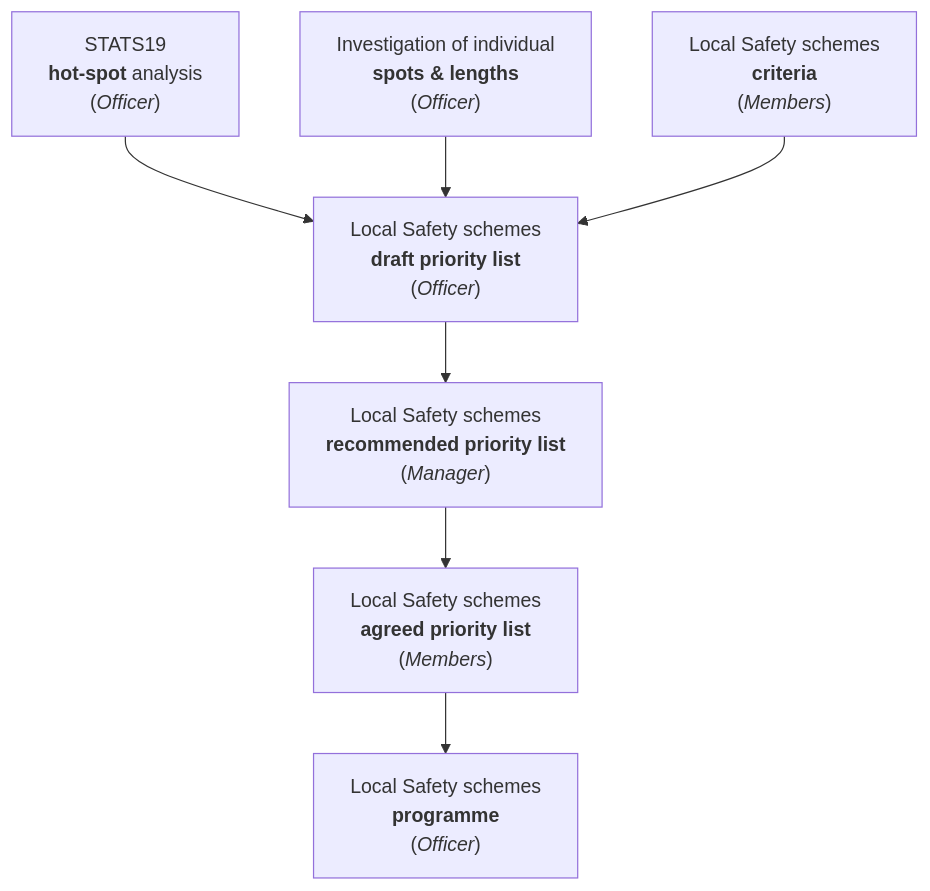
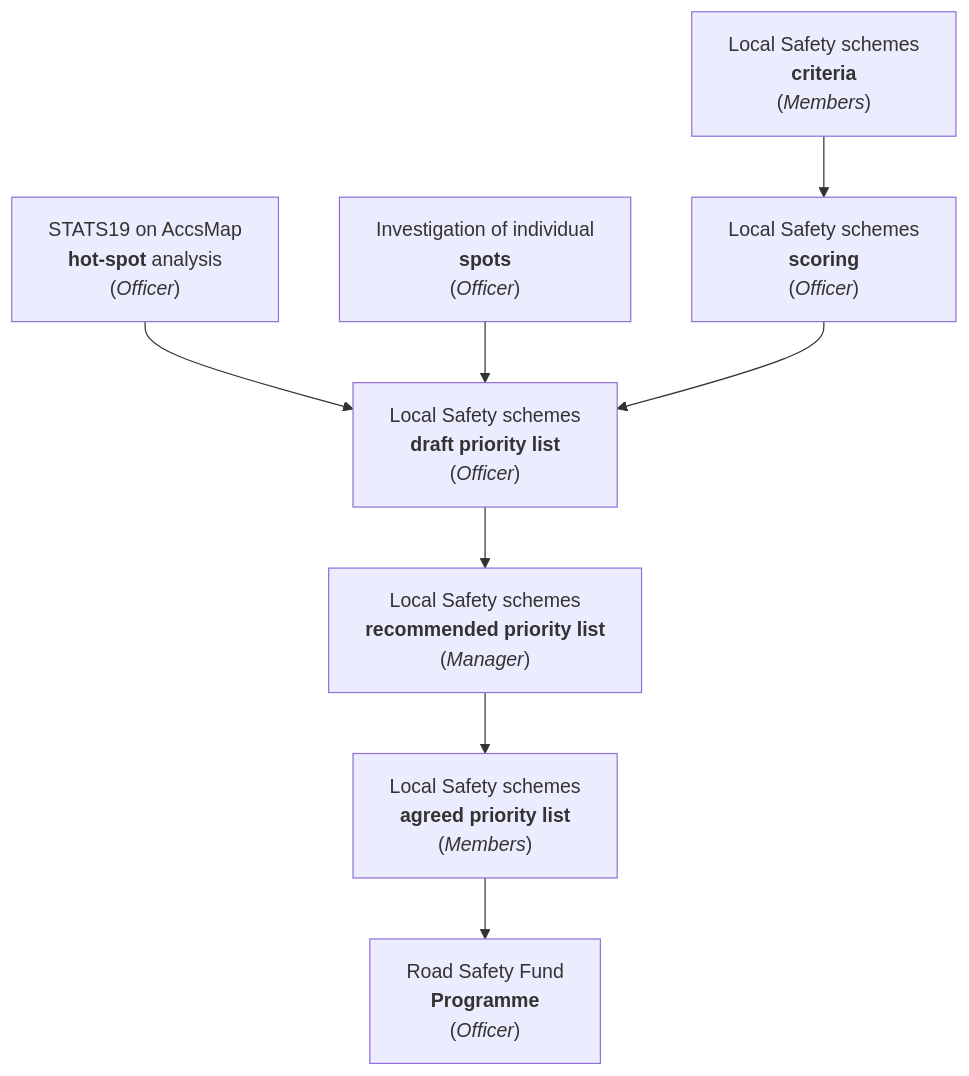
The second of 3 diagrams in background.qmd (scc-pi/traffic-collisions), drawn with Mermaid before and after one commit. The commit also changed other lines of this file, not shown here.

Commit message:
as-is lengths content

````diff
--- a/background.qmd
+++ b/background.qmd
@@ -100,21 +100,23 @@
 ```{mermaid}
 %%| label: gap-analysis
-%%| fig-cap: "Figure: AS-IS (spots) Decision Process"
+%%| fig-cap: "Figure: As-is (spots) decision process"
 %%| echo: true
 %%| code-fold: hide
 
 flowchart TD
 
-    Analysis1["STATS19<br/><b>hot-spot</b> analysis<br/>(<i>Officer</i>)"]
-    Analysis2["Investigation of individual<br/><b>spots & lengths</b><br/>(<i>Officer</i>)"]
-    Analysis3["Local Safety schemes<br/><b>criteria</b><br/>(<i>Members</i>)"] 
+    Analysis1["STATS19 on AccsMap<br/><b>hot-spot</b> analysis<br/>(<i>Officer</i>)"]
+    Analysis2["Investigation of individual<br/><b>spots</b><br/>(<i>Officer</i>)"]
+    Analysis3["Local Safety schemes<br/><b>scoring</b><br/>(<i>Officer</i>)"] 
+    Criteria1["Local Safety schemes<br/><b>criteria</b><br/>(<i>Members</i>)"] 
     List1["Local Safety schemes<br/><b>draft priority list</b><br/>(<i>Officer</i>)"]
     List2["Local Safety schemes<br/><b>recommended priority list</b><br/>(<i>Manager</i>)"]
     List3["Local Safety schemes<br/><b>agreed priority list</b><br/>(<i>Members</i>)"]
-    Programme1["Local Safety schemes<br/><b>programme</b><br/>(<i>Officer</i>)"]
+    Programme1["Road Safety Fund<br/><b>Programme</b><br/>(<i>Officer</i>)"]
     
+    Criteria1 --> Analysis3
     Analysis1 --> List1
     Analysis2 --> List1
     Analysis3 --> List1
     List1 --> List2 --> List3 --> Programme1
 ```
````
